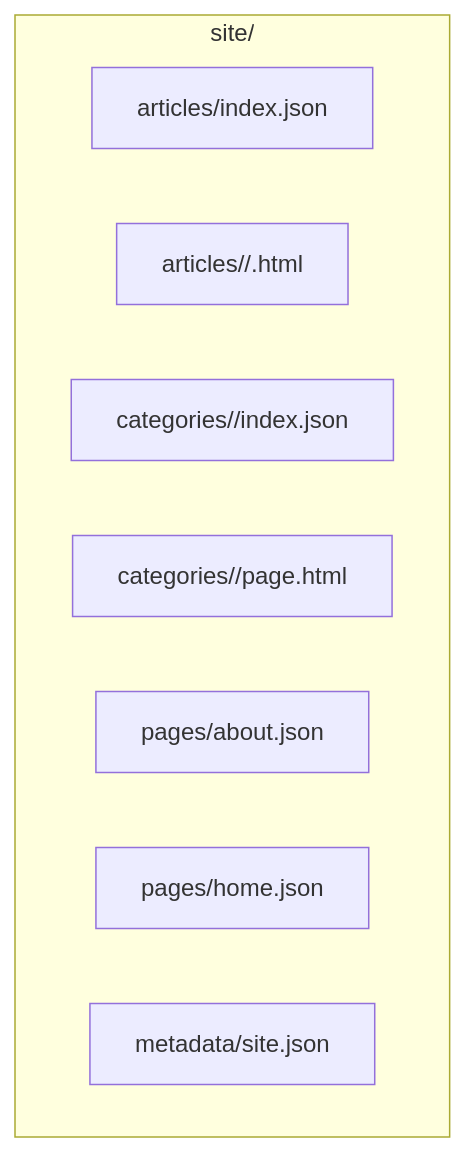
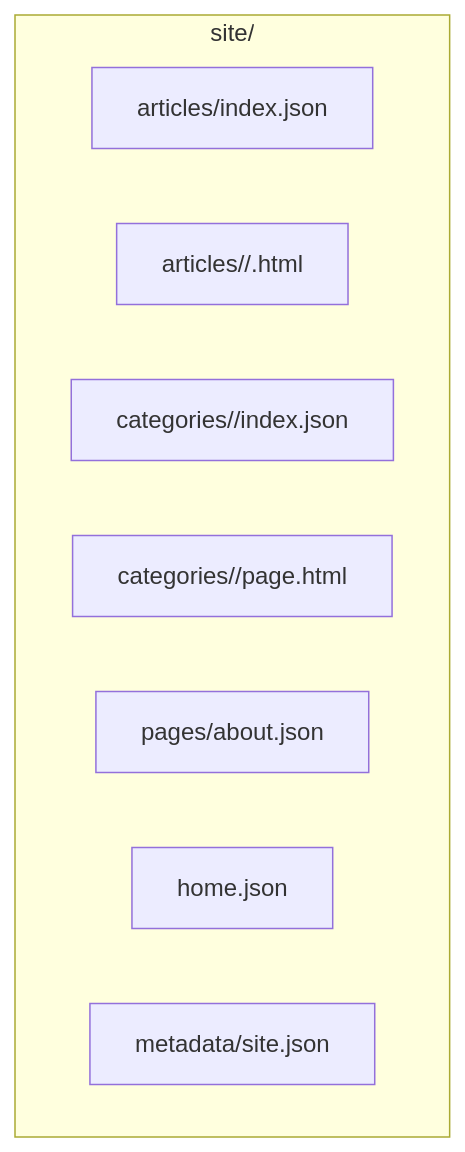
One commit to okawak/okawak_blog changed the third of 4 diagrams in docs/architecture/architecture.md. Above: the diagram before and after it, drawn with Mermaid. The commit also changed other lines of this file and 14 other files, not shown here.

````diff
--- a/docs/architecture/architecture.md
+++ b/docs/architecture/architecture.md
@@ -292,12 +296,12 @@
 ```mermaid
 flowchart TB
     subgraph SiteArtifacts["site/"]
         A1["articles/index.json"]
         A2["articles/<category>/<slug>.html"]
         C1["categories/<category>/index.json"]
         C2["categories/<category>/page.html"]
         P1["pages/about.json"]
-        P2["pages/home.json"]
+        H1["home.json"]
         M1["metadata/site.json"]
     end
 ```
````
